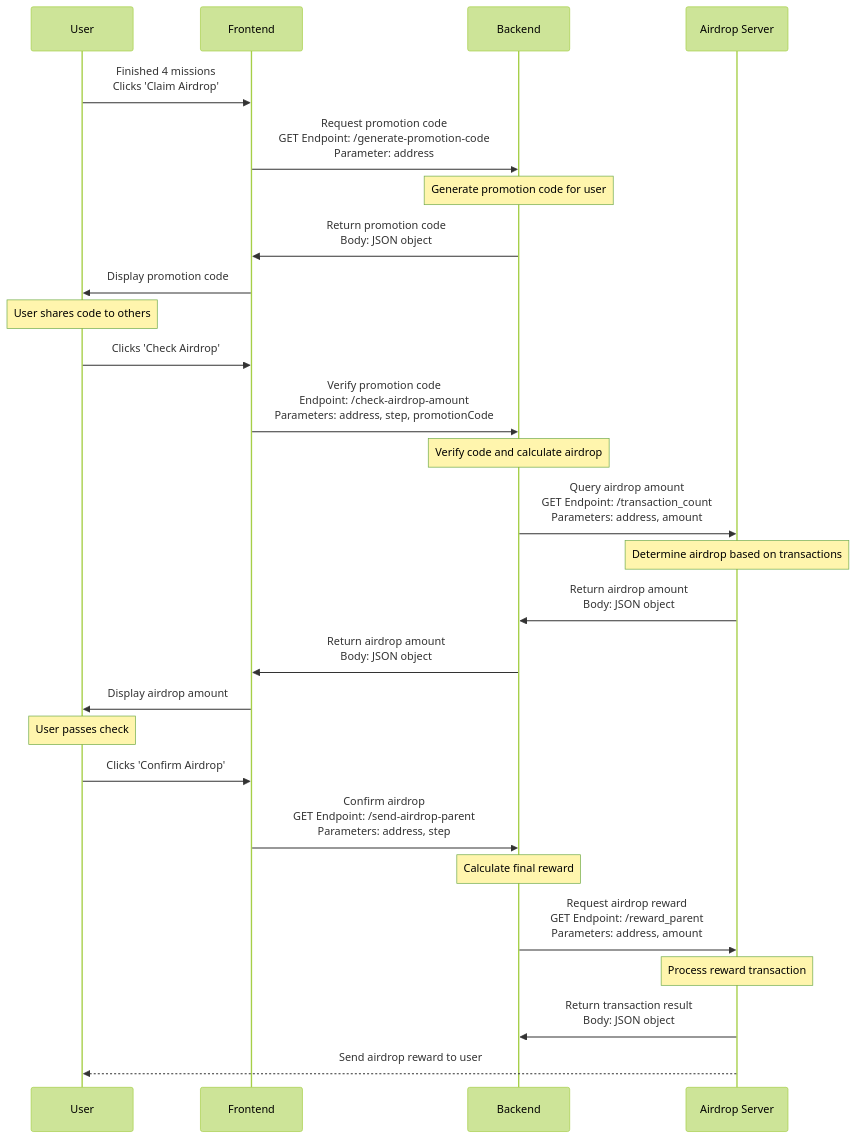
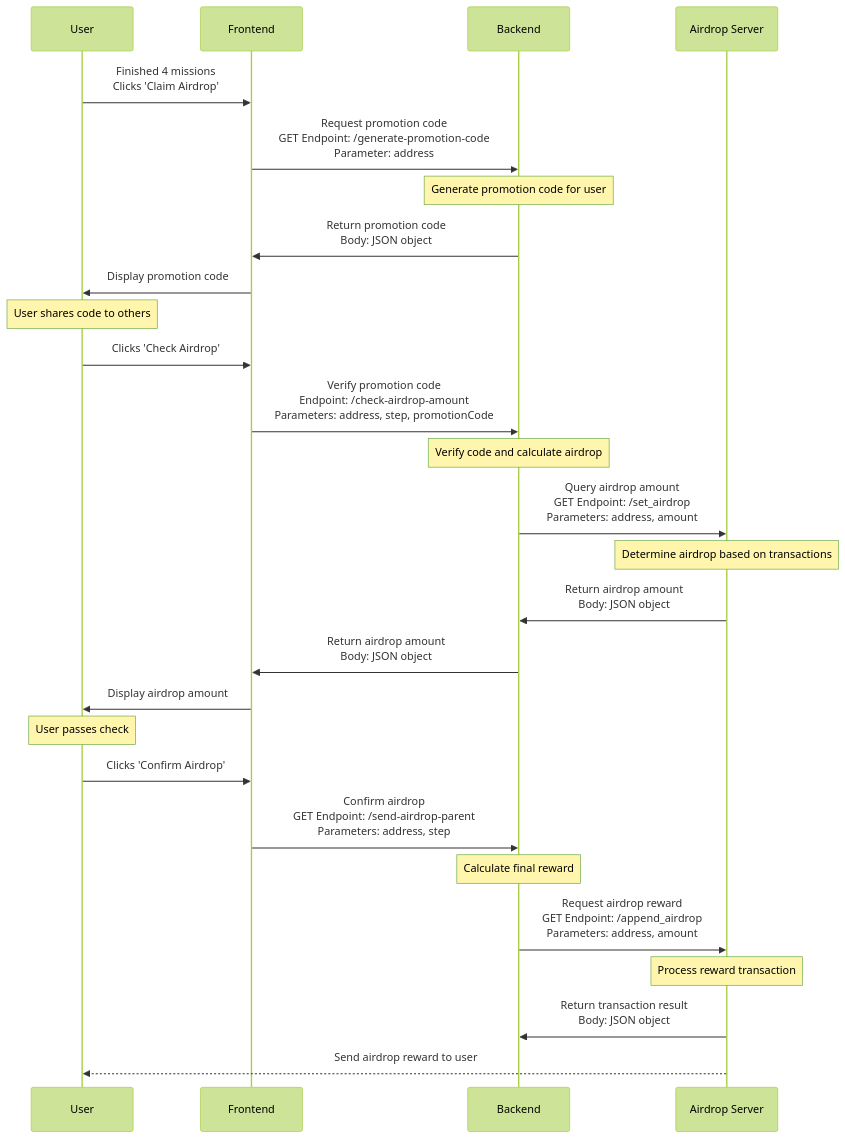
Before and after one commit to BTI-US/Lotso-Twitter-Auth: the second of 2 diagrams in README.md, drawn with Mermaid (forest theme). The commit also changed other lines of this file and 3 other files, not shown here.

````diff
--- a/README.md
+++ b/README.md
@@ -80,31 +80,31 @@
 ```mermaid
 sequenceDiagram
     participant U as User
     participant F as Frontend
     participant B as Backend
     participant S as Airdrop Server
 
     U->>F: Finished 4 missions <br>Clicks 'Claim Airdrop'
     F->>B: Request promotion code <br>GET Endpoint: /generate-promotion-code <br>Parameter: address
     note over B: Generate promotion code for user
     B->>F: Return promotion code <br>Body: JSON object
     F->>U: Display promotion code
     note over U: User shares code to others
     U->>F: Clicks 'Check Airdrop'
     F->>B: Verify promotion code <br>Endpoint: /check-airdrop-amount <br>Parameters: address, step, promotionCode
     note over B: Verify code and calculate airdrop
-    B->>S: Query airdrop amount <br>GET Endpoint: /transaction_count <br>Parameters: address, amount
+    B->>S: Query airdrop amount <br>GET Endpoint: /set_airdrop <br>Parameters: address, amount
     note over S: Determine airdrop based on transactions
     S->>B: Return airdrop amount <br>Body: JSON object
     B->>F: Return airdrop amount <br>Body: JSON object
     F->>U: Display airdrop amount
     note over U: User passes check
     U->>F: Clicks 'Confirm Airdrop'
     F->>B: Confirm airdrop <br>GET Endpoint: /send-airdrop-parent <br>Parameters: address, step
     note over B: Calculate final reward
-    B->>S: Request airdrop reward <br>GET Endpoint: /reward_parent <br>Parameters: address, amount
+    B->>S: Request airdrop reward <br>GET Endpoint: /append_airdrop <br>Parameters: address, amount
     note over S: Process reward transaction
     S->>B: Return transaction result <br>Body: JSON object
     S-->>U: Send airdrop reward to user
 
 ```
````
